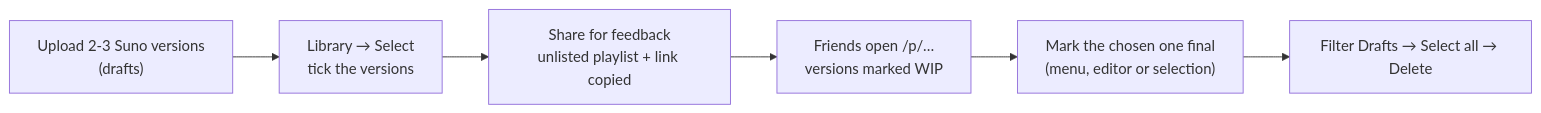
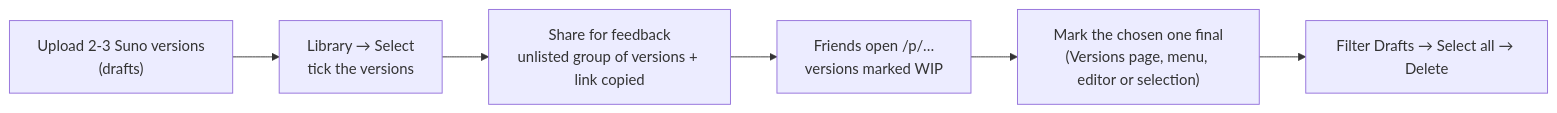
Before and after one commit to alesssz/Chronovault: diagram 12 of 13 in README.md, drawn with Mermaid. The commit also changed other lines of this file and 28 other files, not shown here.

First line of the commit message:
Keep groups of versions apart from playlists, on their own Versions page

````diff
--- a/README.md
+++ b/README.md
@@ -828,8 +835,8 @@
 ```mermaid
 flowchart LR
   Upload["Upload 2-3 Suno versions<br/>(drafts)"] --> Select["Library → Select<br/>tick the versions"]
-  Select --> Share["Share for feedback<br/>unlisted playlist + link copied"]
+  Select --> Share["Share for feedback<br/>unlisted group of versions + link copied"]
   Share --> Friends["Friends open /p/…<br/>versions marked WIP"]
-  Friends --> Final["Mark the chosen one final<br/>(menu, editor or selection)"]
+  Friends --> Final["Mark the chosen one final<br/>(Versions page, menu, editor or selection)"]
   Final --> Delete["Filter Drafts → Select all → Delete"]
 ```
````
